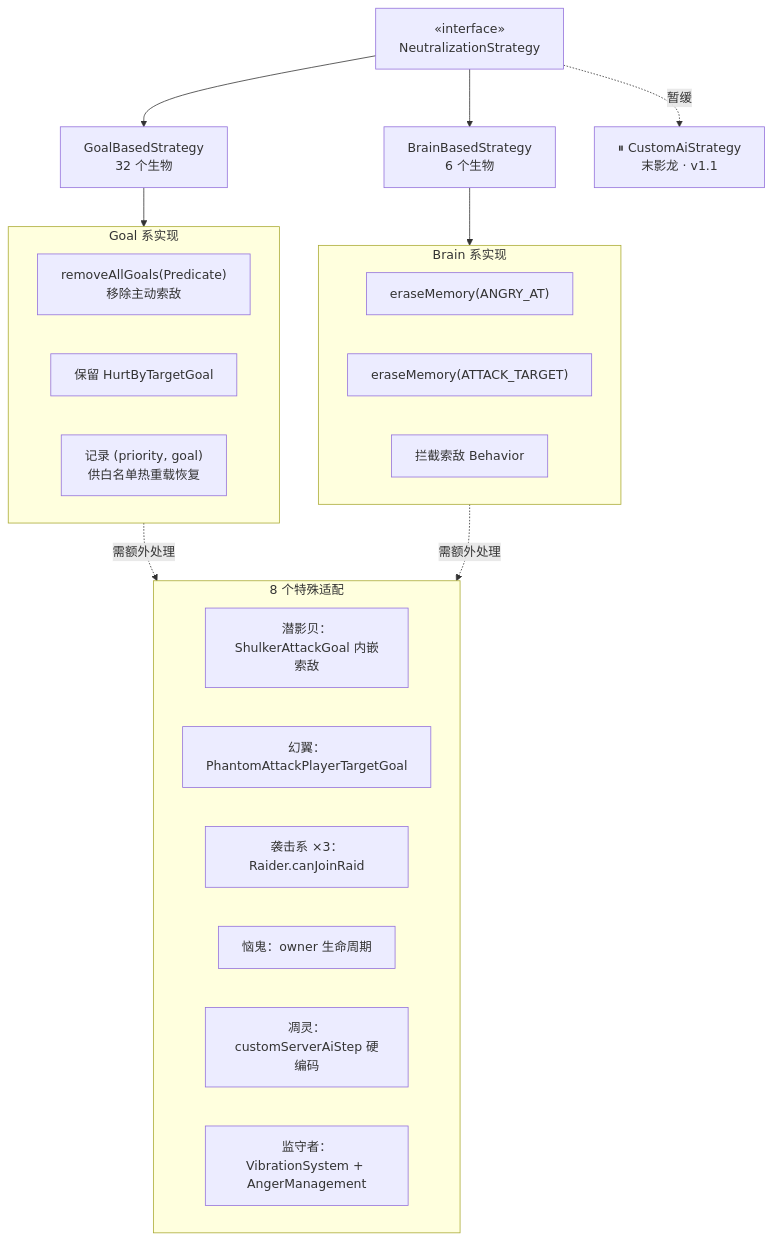
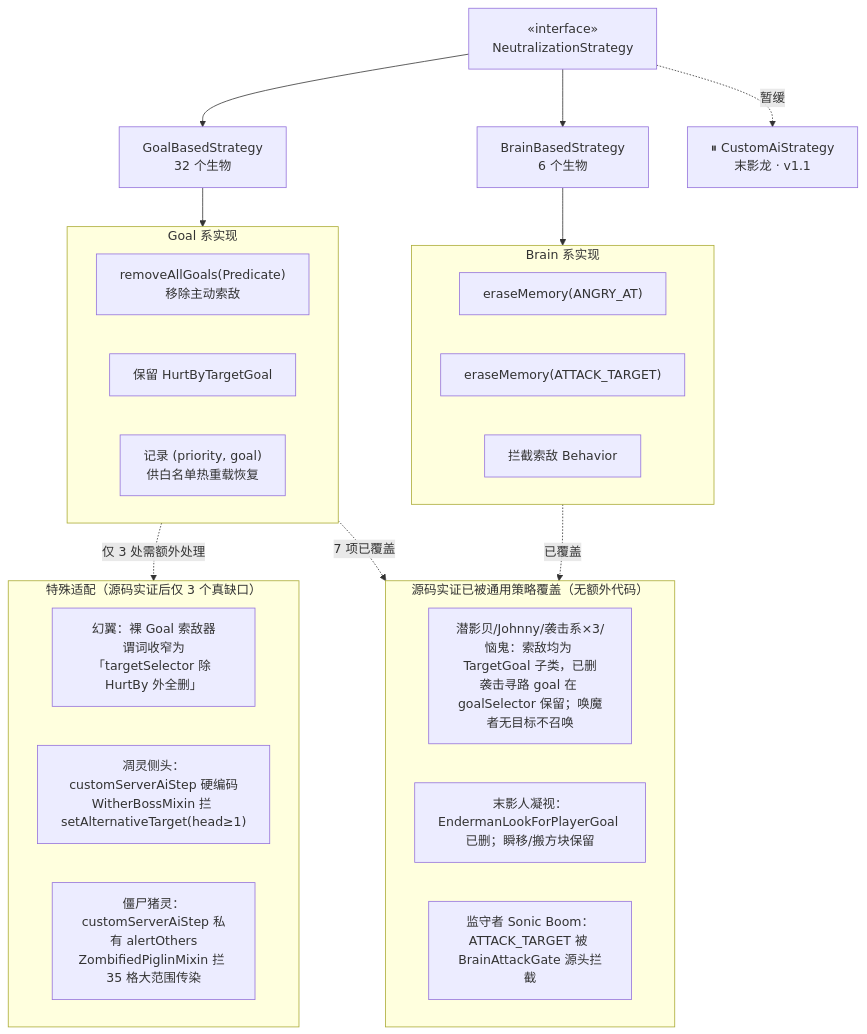
Before and after one commit to WindyValley/peace-and-love: the third of 10 diagrams in docs/02-arch-diagram.md, drawn with Mermaid. The commit also changed 6 other files, not shown here.

````diff
--- a/docs/02-arch-diagram.md
+++ b/docs/02-arch-diagram.md
@@ -93,38 +93,42 @@
 ```mermaid
 graph TB
     IFace["«interface»<br/>NeutralizationStrategy"]
 
     Goal["GoalBasedStrategy<br/>32 个生物"]
     Brain["BrainBasedStrategy<br/>6 个生物"]
     Custom["⏸ CustomAiStrategy<br/>末影龙 · v1.1"]
 
     IFace --> Goal
     IFace --> Brain
     IFace -.暂缓.-> Custom
 
     subgraph goalimpl["Goal 系实现"]
         G1["removeAllGoals(Predicate)<br/>移除主动索敌"]
         G2["保留 HurtByTargetGoal"]
         G3["记录 (priority, goal)<br/>供白名单热重载恢复"]
     end
 
     subgraph brainimpl["Brain 系实现"]
         B1["eraseMemory(ANGRY_AT)"]
         B2["eraseMemory(ATTACK_TARGET)"]
         B3["拦截索敌 Behavior"]
     end
 
-    subgraph special["8 个特殊适配"]
-        S1["潜影贝：ShulkerAttackGoal 内嵌索敌"]
-        S2["幻翼：PhantomAttackPlayerTargetGoal"]
-        S3["袭击系 ×3：Raider.canJoinRaid"]
-        S4["恼鬼：owner 生命周期"]
-        S5["凋灵：customServerAiStep 硬编码"]
-        S6["监守者：VibrationSystem + AngerManagement"]
+    subgraph special["特殊适配（源码实证后仅 3 个真缺口）"]
+        S2["幻翼：裸 Goal 索敌器<br/>谓词收窄为「targetSelector 除 HurtBy 外全删」"]
+        S5["凋灵侧头：customServerAiStep 硬编码<br/>WitherBossMixin 拦 setAlternativeTarget(head≥1)"]
+        S7["僵尸猪灵：customServerAiStep 私有 alertOthers<br/>ZombifiedPiglinMixin 拦 35 格大范围传染"]
+    end
+
+    subgraph covered["源码实证已被通用策略覆盖（无额外代码）"]
+        C1["潜影贝/Johnny/袭击系×3/恼鬼：索敌均为 TargetGoal 子类，已删<br/>袭击寻路 goal 在 goalSelector 保留；唤魔者无目标不召唤"]
+        C2["末影人凝视：EndermanLookForPlayerGoal 已删；瞬移/搬方块保留"]
+        C3["监守者 Sonic Boom：ATTACK_TARGET 被 BrainAttackGate 源头拦截"]
     end
 
     Goal --> goalimpl
     Brain --> brainimpl
-    goalimpl -.需额外处理.-> special
-    brainimpl -.需额外处理.-> special
+    goalimpl -.仅 3 处需额外处理.-> special
+    goalimpl -.7 项已覆盖.-> covered
+    brainimpl -.已覆盖.-> covered
 ```
````
